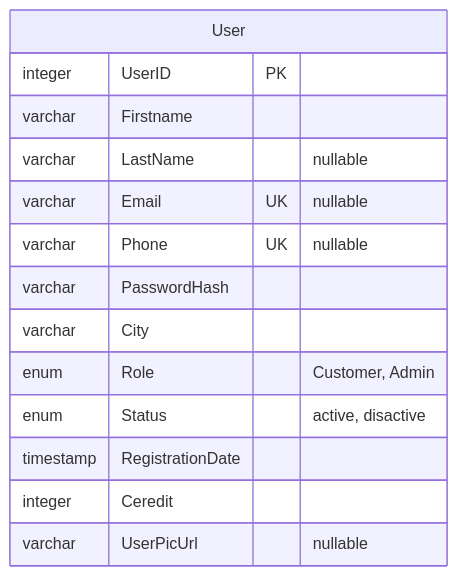
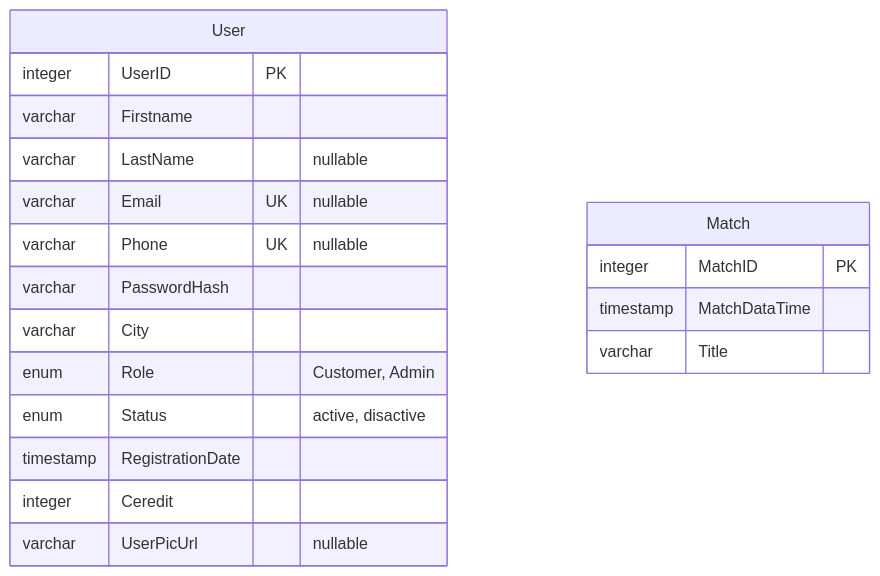
Before and after one commit to smhhd/BookTheGame: the diagram in sql.mmd, drawn with Mermaid.

Commit message:
Add Match table

```diff
--- a/sql.mmd
+++ b/sql.mmd
@@ -1,15 +1,20 @@
 erDiagram
     User {
         integer UserID PK
         varchar Firstname
         varchar LastName "nullable"
         varchar Email UK "nullable"
         varchar Phone UK "nullable"
         varchar PasswordHash
         varchar City
         enum Role "Customer, Admin"
         enum Status "active, disactive"
         timestamp RegistrationDate
         integer Ceredit
         varchar UserPicUrl "nullable"
     }
+    Match {
+        integer MatchID PK
+        timestamp MatchDataTime
+        varchar Title
+    }
```
